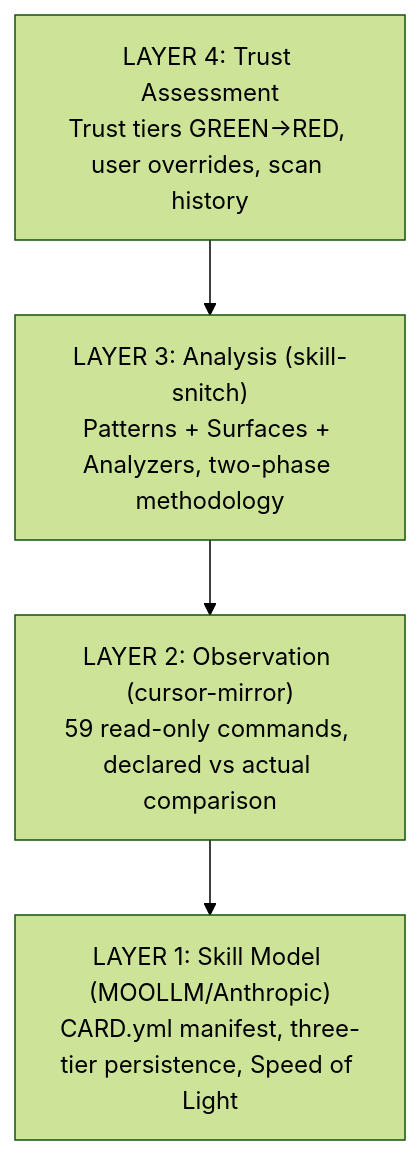
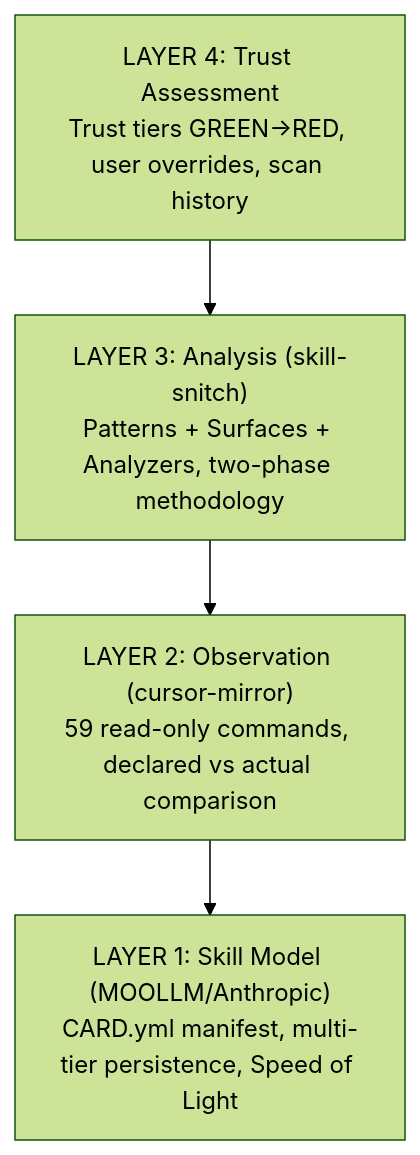
One commit to SimHacker/moollm changed the second of 2 diagrams in designs/SKILL-SECURITY-ARCHITECTURE.md. Above: the diagram before and after it, drawn with Mermaid (forest theme). The commit also changed other lines of this file and 17 other files, not shown here.

First line of the commit message:
Sync terminology: "multi-tier persistence" and "architectural extensions" across all docs

````diff
--- a/designs/SKILL-SECURITY-ARCHITECTURE.md
+++ b/designs/SKILL-SECURITY-ARCHITECTURE.md
@@ -655,8 +655,8 @@
 ```mermaid
 flowchart TD
     L4["LAYER 4: Trust Assessment<br>Trust tiers GREEN→RED, user overrides, scan history"]
     L3["LAYER 3: Analysis (skill-snitch)<br>Patterns + Surfaces + Analyzers, two-phase methodology"]
     L2["LAYER 2: Observation (cursor-mirror)<br>59 read-only commands, declared vs actual comparison"]
-    L1["LAYER 1: Skill Model (MOOLLM/Anthropic)<br>CARD.yml manifest, three-tier persistence, Speed of Light"]
+    L1["LAYER 1: Skill Model (MOOLLM/Anthropic)<br>CARD.yml manifest, multi-tier persistence, Speed of Light"]
     L4 --> L3 --> L2 --> L1
 ```
````
